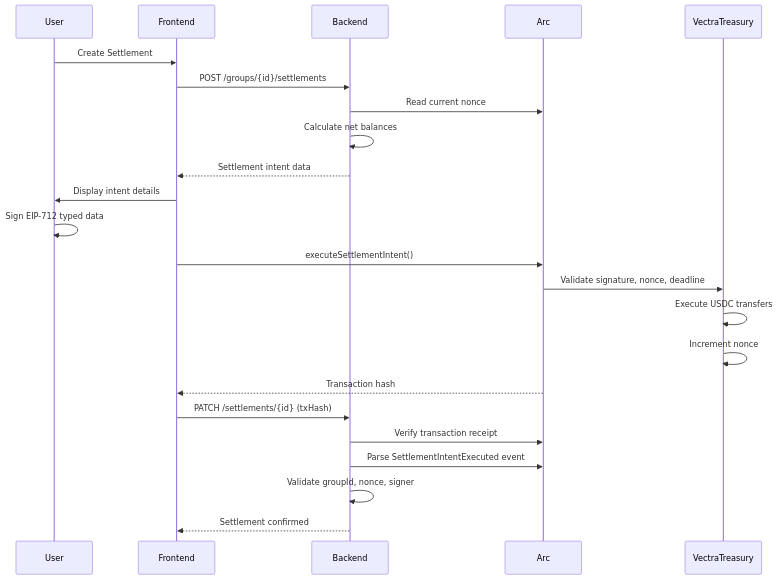
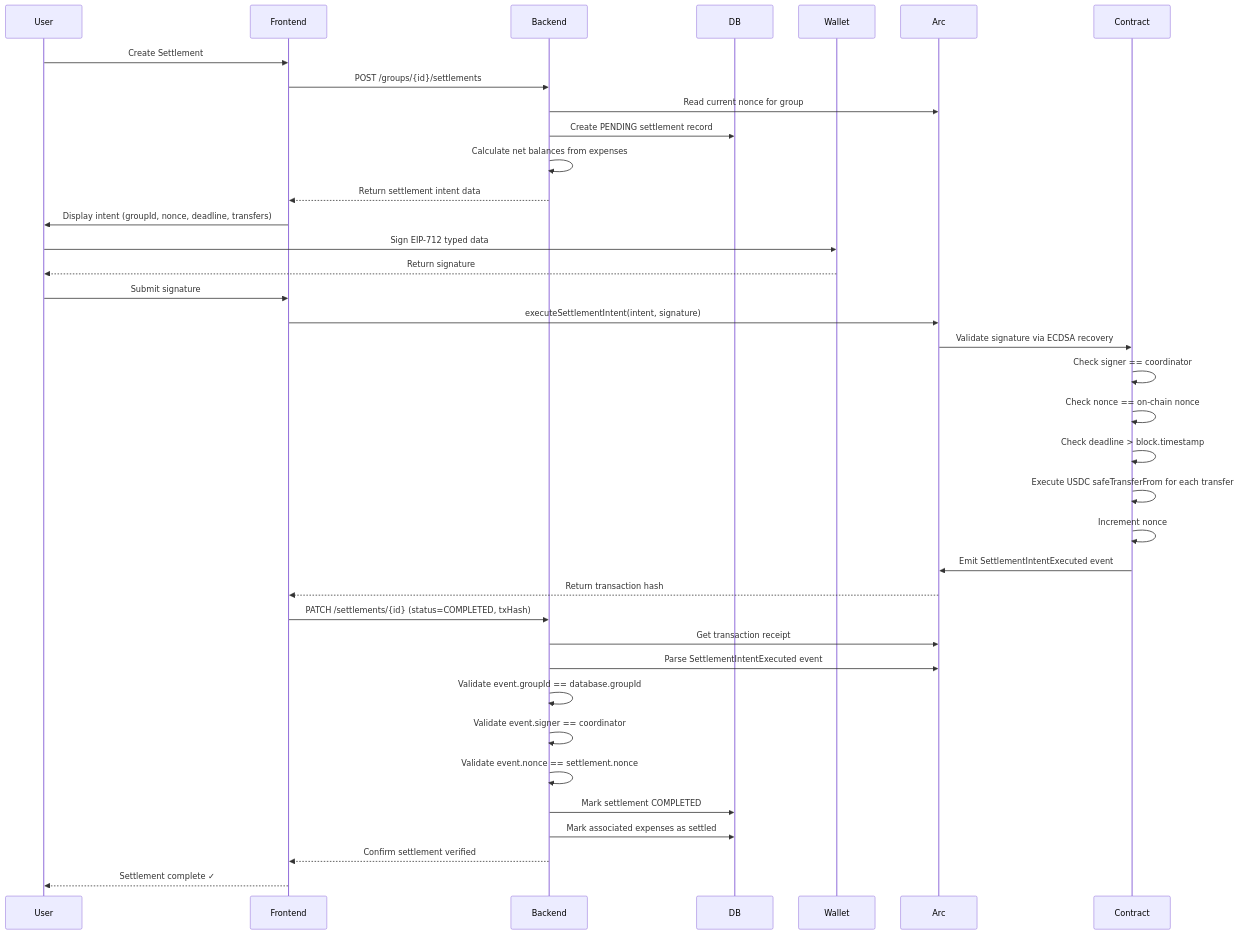
The second of 2 diagrams in README.md (Pixie-19/Vectra), drawn with Mermaid before and after one commit. The commit also changed other lines of this file, not shown here.

````diff
--- a/README.md
+++ b/README.md
@@ -183,29 +158,44 @@
 ```mermaid
 sequenceDiagram
     participant User
     participant Frontend
     participant Backend
+    participant DB
+    participant Wallet
     participant Arc
-    participant VectraTreasury
+    participant Contract
     
     User->>Frontend: Create Settlement
     Frontend->>Backend: POST /groups/{id}/settlements
-    Backend->>Arc: Read current nonce
-    Backend->>Backend: Calculate net balances
-    Backend-->>Frontend: Settlement intent data
+    Backend->>Arc: Read current nonce for group
+    Backend->>DB: Create PENDING settlement record
+    Backend->>Backend: Calculate net balances from expenses
+    Backend-->>Frontend: Return settlement intent data
     
-    Frontend->>User: Display intent details
-    User->>User: Sign EIP-712 typed data
+    Frontend->>User: Display intent (groupId, nonce, deadline, transfers)
+    User->>Wallet: Sign EIP-712 typed data
+    Wallet-->>User: Return signature
     
-    Frontend->>Arc: executeSettlementIntent()
-    Arc->>VectraTreasury: Validate signature, nonce, deadline
-    VectraTreasury->>VectraTreasury: Execute USDC transfers
-    VectraTreasury->>VectraTreasury: Increment nonce
-    Arc-->>Frontend: Transaction hash
+    User->>Frontend: Submit signature
+    Frontend->>Arc: executeSettlementIntent(intent, signature)
     
-    Frontend->>Backend: PATCH /settlements/{id} (txHash)
-    Backend->>Arc: Verify transaction receipt
+    Arc->>Contract: Validate signature via ECDSA recovery
+    Contract->>Contract: Check signer == coordinator
+    Contract->>Contract: Check nonce == on-chain nonce
+    Contract->>Contract: Check deadline > block.timestamp
+    Contract->>Contract: Execute USDC safeTransferFrom for each transfer
+    Contract->>Contract: Increment nonce
+    Contract->>Arc: Emit SettlementIntentExecuted event
+    Arc-->>Frontend: Return transaction hash
+    
+    Frontend->>Backend: PATCH /settlements/{id} (status=COMPLETED, txHash)
+    Backend->>Arc: Get transaction receipt
     Backend->>Arc: Parse SettlementIntentExecuted event
-    Backend->>Backend: Validate groupId, nonce, signer
-    Backend-->>Frontend: Settlement confirmed
+    Backend->>Backend: Validate event.groupId == database.groupId
+    Backend->>Backend: Validate event.signer == coordinator
+    Backend->>Backend: Validate event.nonce == settlement.nonce
+    Backend->>DB: Mark settlement COMPLETED
+    Backend->>DB: Mark associated expenses as settled
+    Backend-->>Frontend: Confirm settlement verified
+    Frontend-->>User: Settlement complete ✓
 ```
````
